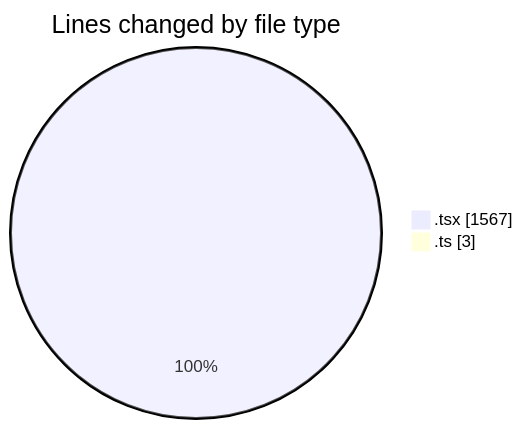
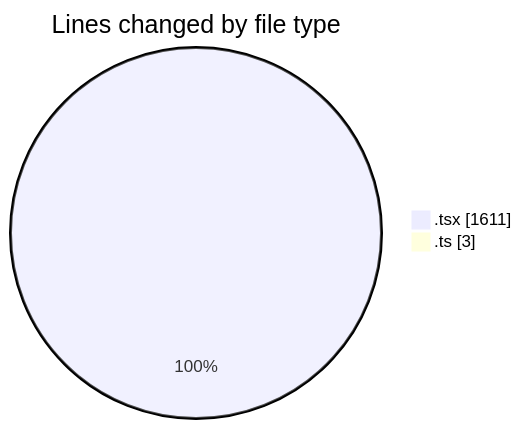
The first of 2 diagrams in 2025-02-12/cda/README.md (momahboobian/code-tracking), drawn with Mermaid before and after one commit. The commit also changed other lines of this file and 1 other file, not shown here.

````diff
--- a/2025-02-12/cda/README.md
+++ b/2025-02-12/cda/README.md
@@ -23,6 +23,6 @@
 ```mermaid
 pie showData
 title Lines changed by file type
-".tsx" : 1567
+".tsx" : 1611
 ".ts" : 3
 ```
````
